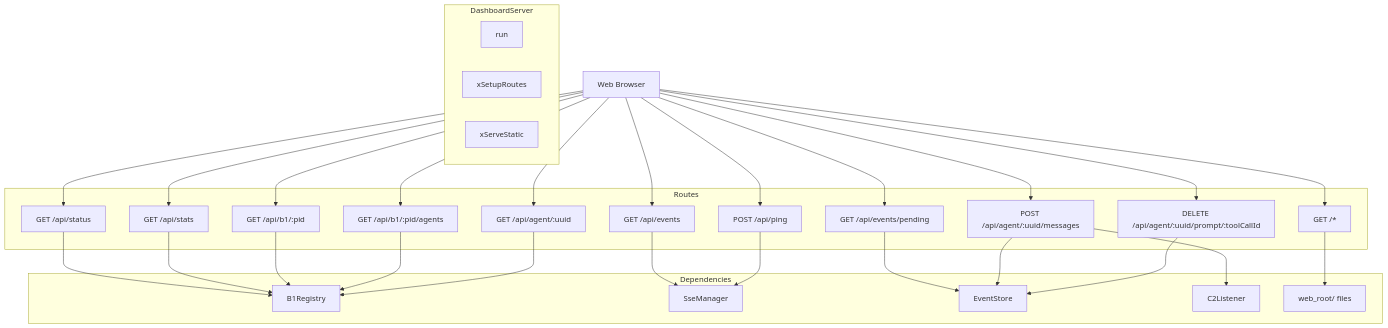
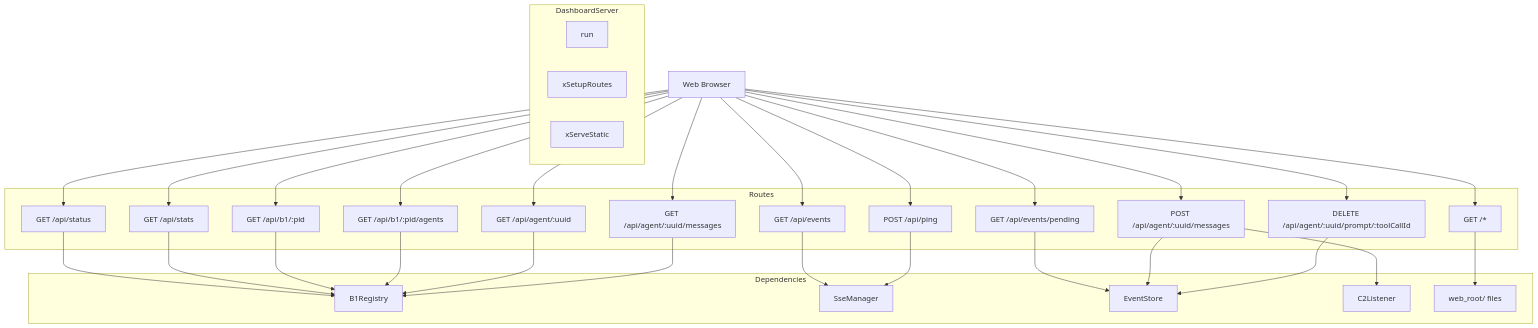
Before and after one commit to opensassi/a0: the first of 4 diagrams in src/c2/dashboard_server.spec.md, drawn with Mermaid. The commit also changed other lines of this file and 26 other files, not shown here.

````diff
--- a/src/c2/dashboard_server.spec.md
+++ b/src/c2/dashboard_server.spec.md
@@ -56,55 +56,58 @@
 ```mermaid
 graph TB
     subgraph DashboardServer
         RUN[run]
         SETUP[xSetupRoutes]
         STATIC[xServeStatic]
     end
 
     subgraph Routes
         STATUS[GET /api/status]
         STATS[GET /api/stats]
         SSE[GET /api/events]
         PENDING[GET /api/events/pending]
         B1[GET /api/b1/:pid]
         B1AGENTS[GET /api/b1/:pid/agents]
         AGENT[GET /api/agent/:uuid]
-        MSGS[POST /api/agent/:uuid/messages]
+        MSGS_GET[GET /api/agent/:uuid/messages]
+        MSGS_POST[POST /api/agent/:uuid/messages]
         DISMISS[DELETE /api/agent/:uuid/prompt/:toolCallId]
         PING[POST /api/ping]
         STATIC_FILES[GET /*]
     end
 
     subgraph Dependencies
         REG[B1Registry]
         SSE_MGR[SseManager]
         EVENTS[EventStore]
         LISTENER[C2Listener]
         FS[web_root/ files]
     end
 
     BROWSER[Web Browser] --> STATUS
     BROWSER --> STATS
     BROWSER --> SSE
     BROWSER --> PENDING
     BROWSER --> B1
     BROWSER --> B1AGENTS
     BROWSER --> AGENT
-    BROWSER --> MSGS
+    BROWSER --> MSGS_GET
+    BROWSER --> MSGS_POST
     BROWSER --> DISMISS
     BROWSER --> PING
     BROWSER --> STATIC_FILES
 
     STATUS --> REG
     STATS --> REG
     B1 --> REG
     B1AGENTS --> REG
     AGENT --> REG
     SSE --> SSE_MGR
     PENDING --> EVENTS
-    MSGS --> EVENTS
-    MSGS --> LISTENER
+    MSGS_GET --> REG
+    MSGS_POST --> EVENTS
+    MSGS_POST --> LISTENER
     DISMISS --> EVENTS
     STATIC_FILES --> FS
     PING --> SSE_MGR
 ```
````
